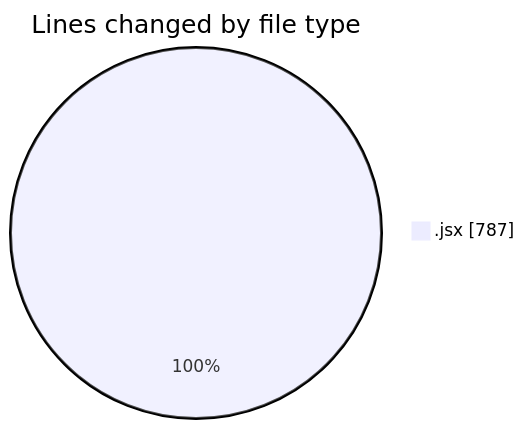
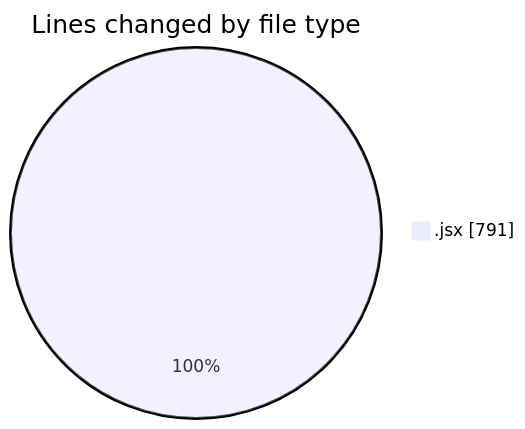
The first of 2 diagrams in 2025-09-10/nxtqube_webapp/README.md (nxtqubesakshisongat/code-tracking), drawn with Mermaid before and after one commit. The commit also changed other lines of this file and 1 other file, not shown here.

````diff
--- a/2025-09-10/nxtqube_webapp/README.md
+++ b/2025-09-10/nxtqube_webapp/README.md
@@ -20,5 +20,5 @@
 ```mermaid
 pie showData
 title Lines changed by file type
-".jsx" : 787
+".jsx" : 791
 ```
````
